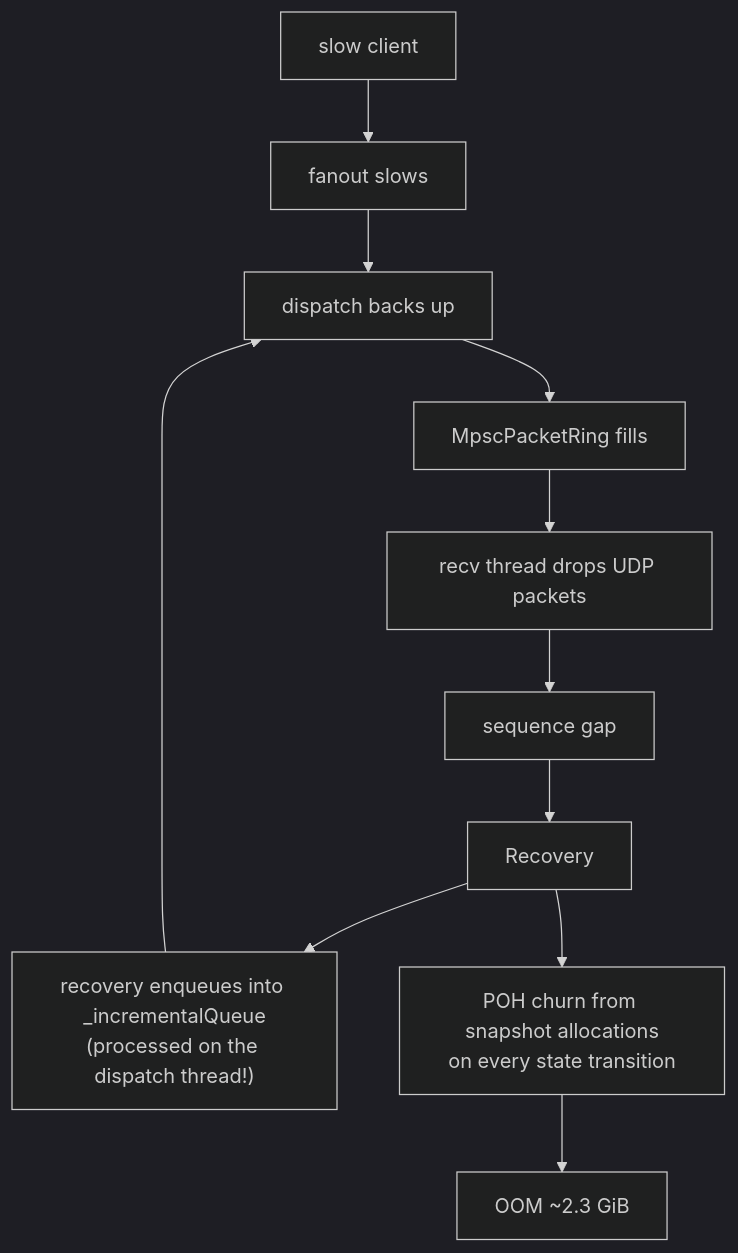
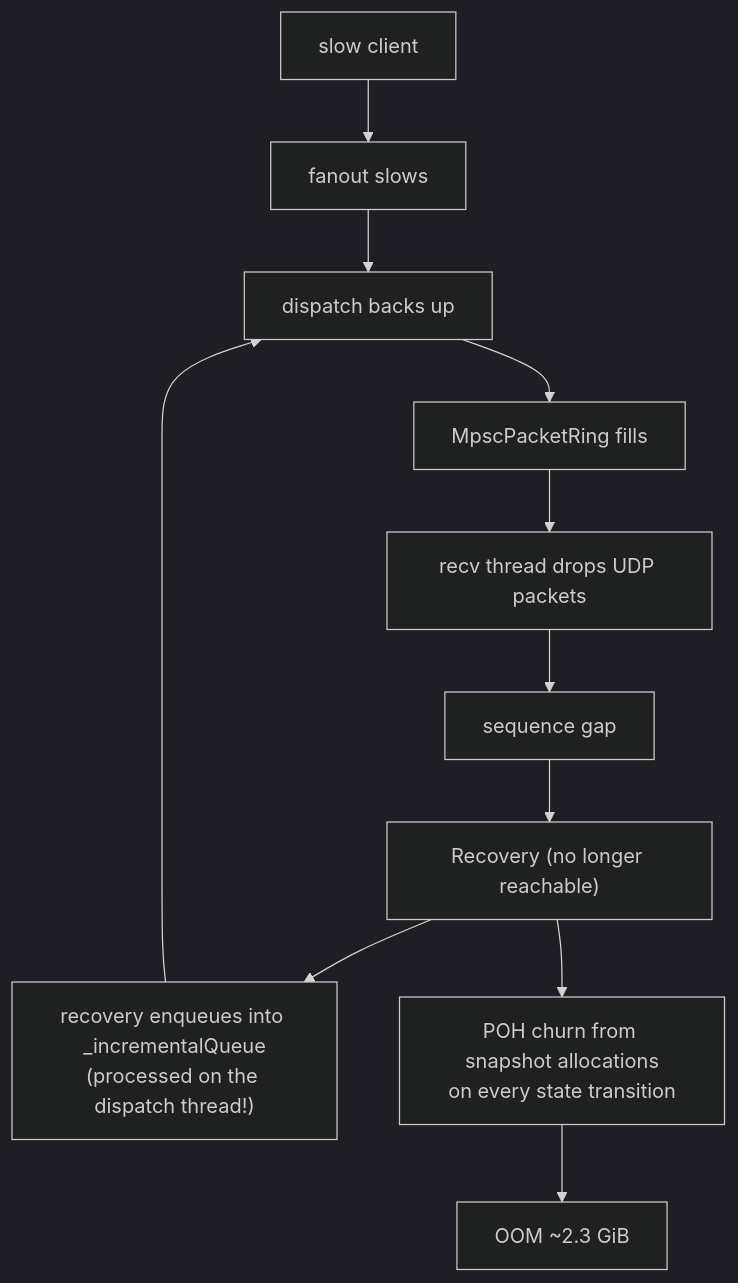
One commit to pedrosakuma/B3MarketDataPlatform changed the second of 2 diagrams in docs/RESILIENCE.md. Above: the diagram before and after it, drawn with Mermaid (dark theme). The commit also changed other lines of this file and 3 other files, not shown here.

````diff
--- a/docs/RESILIENCE.md
+++ b/docs/RESILIENCE.md
@@ -234,13 +257,13 @@
 ```mermaid
 flowchart TD
     A[slow client] --> B[fanout slows]
     B --> C[dispatch backs up]
     C --> D[MpscPacketRing fills]
     D --> E[recv thread drops UDP packets]
     E --> F[sequence gap]
-    F --> G[Recovery]
+    F --> G["Recovery (no longer reachable)"]
     G --> H["recovery enqueues into _incrementalQueue<br/>(processed on the dispatch thread!)"]
     H --> C
     G --> I[POH churn from snapshot allocations<br/>on every state transition]
     I --> J[OOM ~2.3 GiB]
 ```
````
